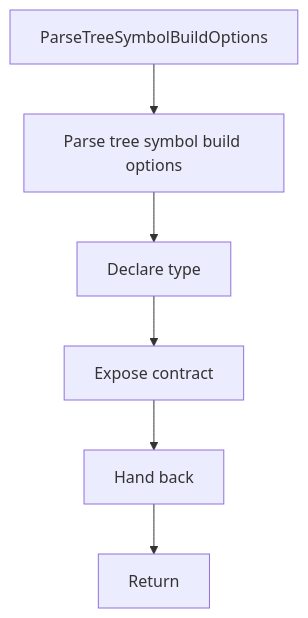
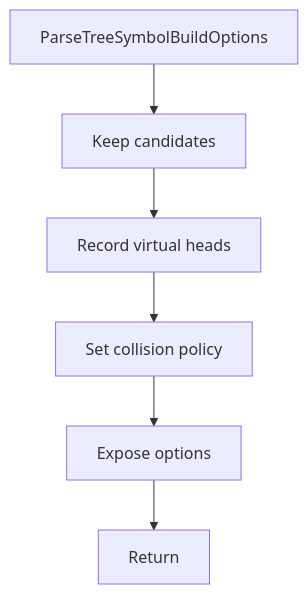
The diagram in docs/Codebase/Microservice/Modules/Header/Analysis/ImplementationUse/Binding/Symbols/Flow/functions/parsetreesymbolbuildoptions.hpp.md (JohnAndrewBalbarosa/NeoTerritory), drawn with Mermaid before and after one commit. The commit also changed other lines of this file and 147 other files, not shown here.

````diff
--- a/docs/Codebase/Microservice/Modules/Header/Analysis/ImplementationUse/Binding/Symbols/Flow/functions/parsetreesymbolbuildoptions.hpp.md
+++ b/docs/Codebase/Microservice/Modules/Header/Analysis/ImplementationUse/Binding/Symbols/Flow/functions/parsetreesymbolbuildoptions.hpp.md
@@ -16,14 +23,14 @@
 ```mermaid
 flowchart TD
     Start["ParseTreeSymbolBuildOptions"]
-    N0["Parse tree symbol build options"]
-    N1["Declare type"]
-    N2["Expose contract"]
-    N3["Hand back"]
+    N0["Keep candidates"]
+    N1["Record virtual heads"]
+    N2["Set collision policy"]
+    N3["Expose options"]
     End["Return"]
     Start --> N0
     N0 --> N1
     N1 --> N2
     N2 --> N3
     N3 --> End
 ```
````
